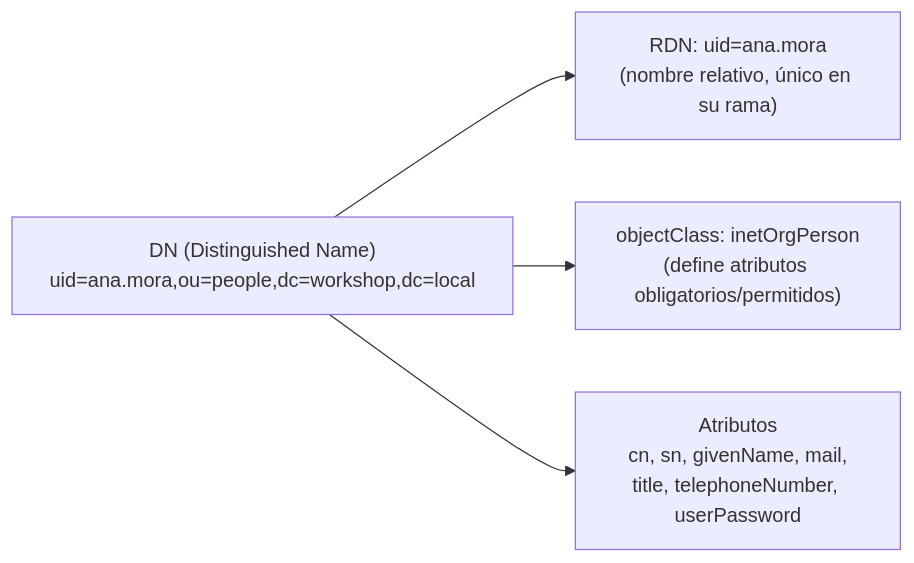
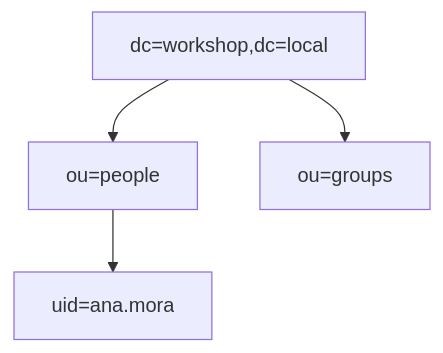
Before and after one commit to carlosmmairena/workshop-ldap: the second of 5 diagrams in README.md, drawn with Mermaid. The commit also changed other lines of this file and 1 other file, not shown here.

````diff
--- a/README.md
+++ b/README.md
@@ -172,7 +138,6 @@
 ```mermaid
-flowchart LR
-    DN["DN (Distinguished Name)<br/>uid=ana.mora,ou=people,dc=workshop,dc=local"]
-    DN --> RDN["RDN: uid=ana.mora<br/>(nombre relativo, único en su rama)"]
-    DN --> OC["objectClass: inetOrgPerson<br/>(define atributos obligatorios/permitidos)"]
-    DN --> AT["Atributos<br/>cn, sn, givenName, mail,<br/>title, telephoneNumber, userPassword"]
+flowchart TB
+    ROOT["dc=workshop,dc=local"] --> P["ou=people"]
+    ROOT --> G["ou=groups"]
+    P --> U["uid=ana.mora"]
 ```
````
